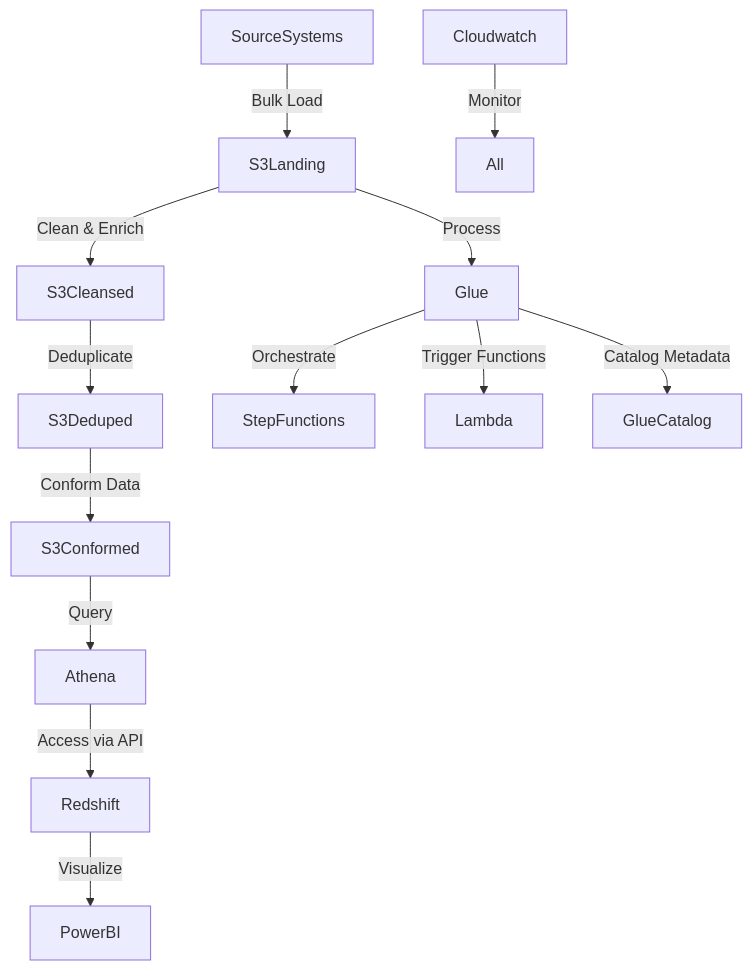
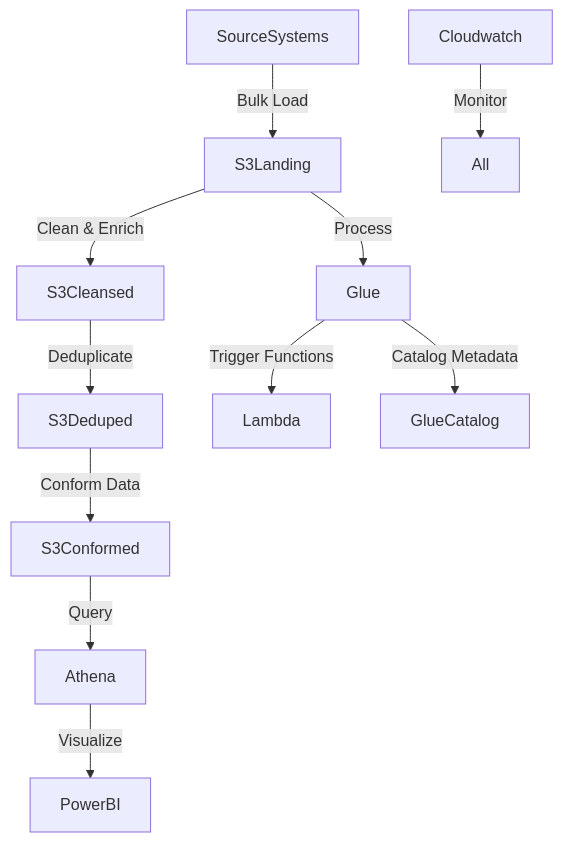
One commit to mohitsubramaniam15/aws-project-yt changed the diagram in README.md. Above: the diagram before and after it, drawn with Mermaid. The commit also changed other lines of this file, not shown here.

````diff
--- a/README.md
+++ b/README.md
@@ -28,15 +146,13 @@
 ```mermaid
 graph TD;
   SourceSystems -->|Bulk Load| S3Landing
   S3Landing -->|Clean & Enrich| S3Cleansed
   S3Cleansed -->|Deduplicate| S3Deduped
   S3Deduped -->|Conform Data| S3Conformed
   S3Conformed -->|Query| Athena
-  Athena -->|Access via API| Redshift
-  Redshift -->|Visualize| PowerBI
+  Athena -->|Visualize| PowerBI
   S3Landing -->|Process| Glue
-  Glue -->|Orchestrate| StepFunctions
   Glue -->|Trigger Functions| Lambda
   Glue -->|Catalog Metadata| GlueCatalog
   Cloudwatch -->|Monitor| All
 ```
````
